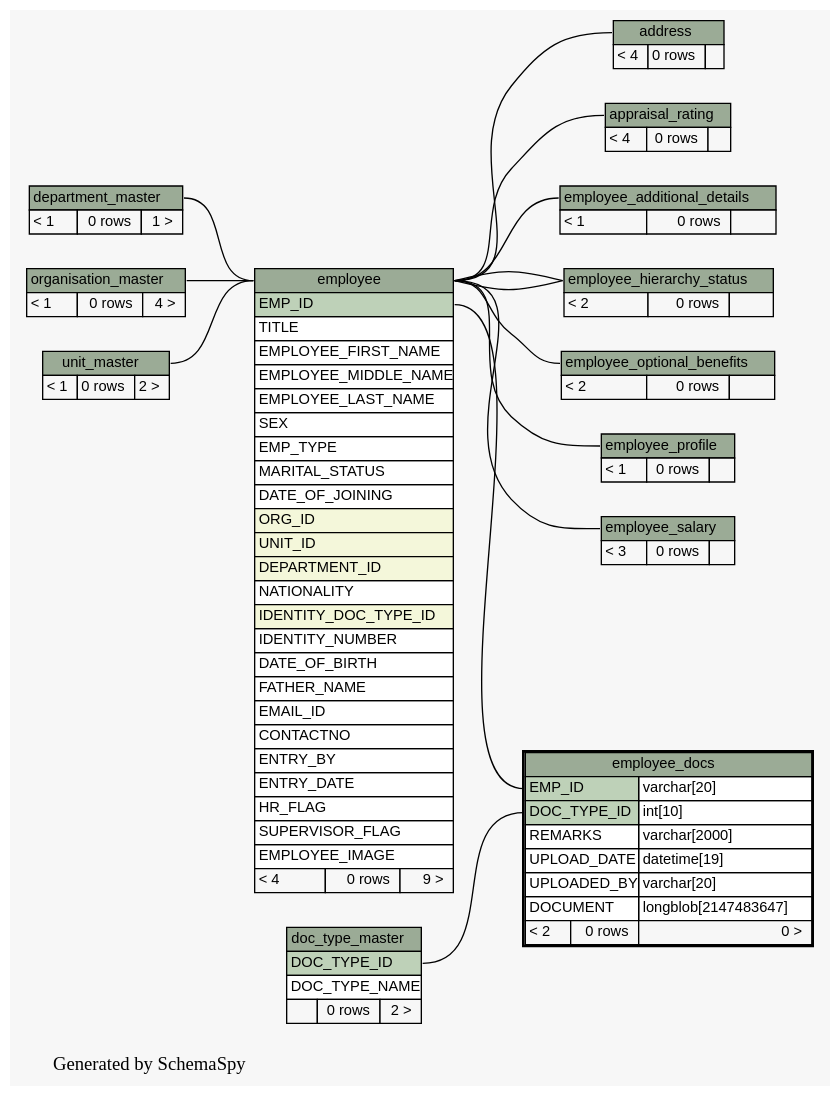
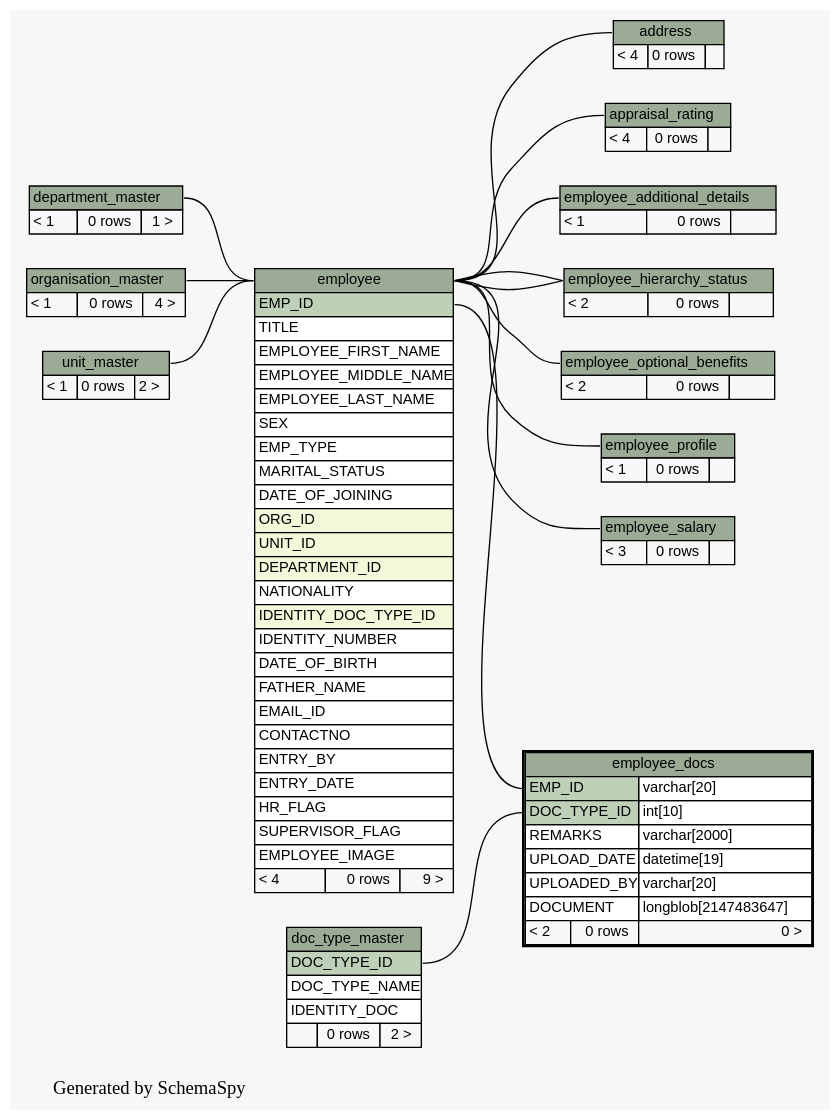
The diagram in docs/database/schemaspy/graphs/employee_docs.2degrees.dot (engineerscraft/hrms), drawn with Graphviz before and after one commit. The commit also changed 81 other files, not shown here.

```diff
--- a/docs/database/schemaspy/graphs/employee_docs.2degrees.dot
+++ b/docs/database/schemaspy/graphs/employee_docs.2degrees.dot
@@ -1,179 +1,180 @@
 // dot 2.38.0 on Windows 7 6.1
 digraph "twoDegreesRelationshipsGraph" {
   graph [
     rankdir="RL"
     bgcolor="#f7f7f7"
     label="\nGenerated by SchemaSpy"
     labeljust="l"
   ];
   node [
     fontname="Helvetica"
     fontsize="11"
     shape="plaintext"
   ];
   edge [
     arrowsize="0.8"
   ];
   "address":"address.heading":w -> "employee":"employee.heading":e [arrowtail=tee arrowhead=none];
   "appraisal_rating":"appraisal_rating.heading":w -> "employee":"employee.heading":e [arrowtail=crowtee arrowhead=none];
   "employee":"employee.heading":w -> "department_master":"department_master.heading":e [arrowtail=crowodot arrowhead=none];
   "employee":"employee.heading":w -> "organisation_master":"organisation_master.heading":e [arrowtail=crowodot arrowhead=none];
   "employee":"employee.heading":w -> "unit_master":"unit_master.heading":e [arrowtail=crowodot arrowhead=none];
   "employee_additional_details":"employee_additional_details.heading":w -> "employee":"employee.heading":e [arrowtail=tee arrowhead=none];
   "employee_docs":"DOC_TYPE_ID":w -> "doc_type_master":"DOC_TYPE_ID":e [arrowtail=crowtee arrowhead=none];
   "employee_docs":"EMP_ID":w -> "employee":"EMP_ID":e [arrowtail=crowtee arrowhead=none];
   "employee_hierarchy_status":"employee_hierarchy_status.heading":w -> "employee":"employee.heading":e [arrowtail=tee arrowhead=none];
   "employee_hierarchy_status":"employee_hierarchy_status.heading":w -> "employee":"employee.heading":e [arrowtail=crowodot arrowhead=none];
   "employee_optional_benefits":"employee_optional_benefits.heading":w -> "employee":"employee.heading":e [arrowtail=crowodot arrowhead=none];
   "employee_profile":"employee_profile.heading":w -> "employee":"employee.heading":e [arrowtail=tee arrowhead=none];
   "employee_salary":"employee_salary.heading":w -> "employee":"employee.heading":e [arrowtail=crowtee arrowhead=none];
   "address" [
     label=<
     <TABLE BORDER="0" CELLBORDER="1" CELLSPACING="0" BGCOLOR="#ffffff">
       <TR><TD PORT="address.heading" COLSPAN="3" BGCOLOR="#9bab96" ALIGN="CENTER">address</TD></TR>
       <TR><TD ALIGN="LEFT" BGCOLOR="#f7f7f7">&lt; 4</TD><TD ALIGN="RIGHT" BGCOLOR="#f7f7f7">0 rows</TD><TD ALIGN="RIGHT" BGCOLOR="#f7f7f7">  </TD></TR>
     </TABLE>>
     URL="address.html#graph"
     tooltip="address"
   ];
   "appraisal_rating" [
     label=<
     <TABLE BORDER="0" CELLBORDER="1" CELLSPACING="0" BGCOLOR="#ffffff">
       <TR><TD PORT="appraisal_rating.heading" COLSPAN="3" BGCOLOR="#9bab96" ALIGN="CENTER">appraisal_rating</TD></TR>
       <TR><TD ALIGN="LEFT" BGCOLOR="#f7f7f7">&lt; 4</TD><TD ALIGN="RIGHT" BGCOLOR="#f7f7f7">0 rows</TD><TD ALIGN="RIGHT" BGCOLOR="#f7f7f7">  </TD></TR>
     </TABLE>>
     URL="appraisal_rating.html#graph"
     tooltip="appraisal_rating"
   ];
   "department_master" [
     label=<
     <TABLE BORDER="0" CELLBORDER="1" CELLSPACING="0" BGCOLOR="#ffffff">
       <TR><TD PORT="department_master.heading" COLSPAN="3" BGCOLOR="#9bab96" ALIGN="CENTER">department_master</TD></TR>
       <TR><TD ALIGN="LEFT" BGCOLOR="#f7f7f7">&lt; 1</TD><TD ALIGN="RIGHT" BGCOLOR="#f7f7f7">0 rows</TD><TD ALIGN="RIGHT" BGCOLOR="#f7f7f7">1 &gt;</TD></TR>
     </TABLE>>
     URL="department_master.html#graph"
     tooltip="department_master"
   ];
   "doc_type_master" [
     label=<
     <TABLE BORDER="0" CELLBORDER="1" CELLSPACING="0" BGCOLOR="#ffffff">
       <TR><TD PORT="doc_type_master.heading" COLSPAN="3" BGCOLOR="#9bab96" ALIGN="CENTER">doc_type_master</TD></TR>
       <TR><TD PORT="DOC_TYPE_ID" COLSPAN="3" BGCOLOR="#bed1b8" ALIGN="LEFT">DOC_TYPE_ID</TD></TR>
       <TR><TD PORT="DOC_TYPE_NAME" COLSPAN="3" ALIGN="LEFT">DOC_TYPE_NAME</TD></TR>
+      <TR><TD PORT="IDENTITY_DOC" COLSPAN="3" ALIGN="LEFT">IDENTITY_DOC</TD></TR>
       <TR><TD ALIGN="LEFT" BGCOLOR="#f7f7f7">  </TD><TD ALIGN="RIGHT" BGCOLOR="#f7f7f7">0 rows</TD><TD ALIGN="RIGHT" BGCOLOR="#f7f7f7">2 &gt;</TD></TR>
     </TABLE>>
     URL="doc_type_master.html#graph"
     tooltip="doc_type_master"
   ];
   "employee" [
     label=<
     <TABLE BORDER="0" CELLBORDER="1" CELLSPACING="0" BGCOLOR="#ffffff">
       <TR><TD PORT="employee.heading" COLSPAN="3" BGCOLOR="#9bab96" ALIGN="CENTER">employee</TD></TR>
       <TR><TD PORT="EMP_ID" COLSPAN="3" BGCOLOR="#bed1b8" ALIGN="LEFT">EMP_ID</TD></TR>
       <TR><TD PORT="TITLE" COLSPAN="3" ALIGN="LEFT">TITLE</TD></TR>
       <TR><TD PORT="EMPLOYEE_FIRST_NAME" COLSPAN="3" ALIGN="LEFT">EMPLOYEE_FIRST_NAME</TD></TR>
       <TR><TD PORT="EMPLOYEE_MIDDLE_NAME" COLSPAN="3" ALIGN="LEFT">EMPLOYEE_MIDDLE_NAME</TD></TR>
       <TR><TD PORT="EMPLOYEE_LAST_NAME" COLSPAN="3" ALIGN="LEFT">EMPLOYEE_LAST_NAME</TD></TR>
       <TR><TD PORT="SEX" COLSPAN="3" ALIGN="LEFT">SEX</TD></TR>
       <TR><TD PORT="EMP_TYPE" COLSPAN="3" ALIGN="LEFT">EMP_TYPE</TD></TR>
       <TR><TD PORT="MARITAL_STATUS" COLSPAN="3" ALIGN="LEFT">MARITAL_STATUS</TD></TR>
       <TR><TD PORT="DATE_OF_JOINING" COLSPAN="3" ALIGN="LEFT">DATE_OF_JOINING</TD></TR>
       <TR><TD PORT="ORG_ID" COLSPAN="3" BGCOLOR="#f4f7da" ALIGN="LEFT">ORG_ID</TD></TR>
       <TR><TD PORT="UNIT_ID" COLSPAN="3" BGCOLOR="#f4f7da" ALIGN="LEFT">UNIT_ID</TD></TR>
       <TR><TD PORT="DEPARTMENT_ID" COLSPAN="3" BGCOLOR="#f4f7da" ALIGN="LEFT">DEPARTMENT_ID</TD></TR>
       <TR><TD PORT="NATIONALITY" COLSPAN="3" ALIGN="LEFT">NATIONALITY</TD></TR>
       <TR><TD PORT="IDENTITY_DOC_TYPE_ID" COLSPAN="3" BGCOLOR="#f4f7da" ALIGN="LEFT">IDENTITY_DOC_TYPE_ID</TD></TR>
       <TR><TD PORT="IDENTITY_NUMBER" COLSPAN="3" ALIGN="LEFT">IDENTITY_NUMBER</TD></TR>
       <TR><TD PORT="DATE_OF_BIRTH" COLSPAN="3" ALIGN="LEFT">DATE_OF_BIRTH</TD></TR>
       <TR><TD PORT="FATHER_NAME" COLSPAN="3" ALIGN="LEFT">FATHER_NAME</TD></TR>
       <TR><TD PORT="EMAIL_ID" COLSPAN="3" ALIGN="LEFT">EMAIL_ID</TD></TR>
       <TR><TD PORT="CONTACTNO" COLSPAN="3" ALIGN="LEFT">CONTACTNO</TD></TR>
       <TR><TD PORT="ENTRY_BY" COLSPAN="3" ALIGN="LEFT">ENTRY_BY</TD></TR>
       <TR><TD PORT="ENTRY_DATE" COLSPAN="3" ALIGN="LEFT">ENTRY_DATE</TD></TR>
       <TR><TD PORT="HR_FLAG" COLSPAN="3" ALIGN="LEFT">HR_FLAG</TD></TR>
       <TR><TD PORT="SUPERVISOR_FLAG" COLSPAN="3" ALIGN="LEFT">SUPERVISOR_FLAG</TD></TR>
       <TR><TD PORT="EMPLOYEE_IMAGE" COLSPAN="3" ALIGN="LEFT">EMPLOYEE_IMAGE</TD></TR>
       <TR><TD ALIGN="LEFT" BGCOLOR="#f7f7f7">&lt; 4</TD><TD ALIGN="RIGHT" BGCOLOR="#f7f7f7">0 rows</TD><TD ALIGN="RIGHT" BGCOLOR="#f7f7f7">9 &gt;</TD></TR>
     </TABLE>>
     URL="employee.html#graph"
     tooltip="employee"
   ];
   "employee_additional_details" [
     label=<
     <TABLE BORDER="0" CELLBORDER="1" CELLSPACING="0" BGCOLOR="#ffffff">
       <TR><TD PORT="employee_additional_details.heading" COLSPAN="3" BGCOLOR="#9bab96" ALIGN="CENTER">employee_additional_details</TD></TR>
       <TR><TD ALIGN="LEFT" BGCOLOR="#f7f7f7">&lt; 1</TD><TD ALIGN="RIGHT" BGCOLOR="#f7f7f7">0 rows</TD><TD ALIGN="RIGHT" BGCOLOR="#f7f7f7">  </TD></TR>
     </TABLE>>
     URL="employee_additional_details.html#graph"
     tooltip="employee_additional_details"
   ];
   "employee_docs" [
     label=<
     <TABLE BORDER="2" CELLBORDER="1" CELLSPACING="0" BGCOLOR="#ffffff">
       <TR><TD PORT="employee_docs.heading" COLSPAN="3" BGCOLOR="#9bab96" ALIGN="CENTER">employee_docs</TD></TR>
       <TR><TD PORT="EMP_ID" COLSPAN="2" BGCOLOR="#bed1b8" ALIGN="LEFT">EMP_ID</TD><TD PORT="EMP_ID.type" ALIGN="LEFT">varchar[20]</TD></TR>
       <TR><TD PORT="DOC_TYPE_ID" COLSPAN="2" BGCOLOR="#bed1b8" ALIGN="LEFT">DOC_TYPE_ID</TD><TD PORT="DOC_TYPE_ID.type" ALIGN="LEFT">int[10]</TD></TR>
       <TR><TD PORT="REMARKS" COLSPAN="2" ALIGN="LEFT">REMARKS</TD><TD PORT="REMARKS.type" ALIGN="LEFT">varchar[2000]</TD></TR>
       <TR><TD PORT="UPLOAD_DATE" COLSPAN="2" ALIGN="LEFT">UPLOAD_DATE</TD><TD PORT="UPLOAD_DATE.type" ALIGN="LEFT">datetime[19]</TD></TR>
       <TR><TD PORT="UPLOADED_BY" COLSPAN="2" ALIGN="LEFT">UPLOADED_BY</TD><TD PORT="UPLOADED_BY.type" ALIGN="LEFT">varchar[20]</TD></TR>
       <TR><TD PORT="DOCUMENT" COLSPAN="2" ALIGN="LEFT">DOCUMENT</TD><TD PORT="DOCUMENT.type" ALIGN="LEFT">longblob[2147483647]</TD></TR>
       <TR><TD ALIGN="LEFT" BGCOLOR="#f7f7f7">&lt; 2</TD><TD ALIGN="RIGHT" BGCOLOR="#f7f7f7">0 rows</TD><TD ALIGN="RIGHT" BGCOLOR="#f7f7f7">0 &gt;</TD></TR>
     </TABLE>>
     URL="employee_docs.html#"
     tooltip="employee_docs"
   ];
   "employee_hierarchy_status" [
     label=<
     <TABLE BORDER="0" CELLBORDER="1" CELLSPACING="0" BGCOLOR="#ffffff">
       <TR><TD PORT="employee_hierarchy_status.heading" COLSPAN="3" BGCOLOR="#9bab96" ALIGN="CENTER">employee_hierarchy_status</TD></TR>
       <TR><TD ALIGN="LEFT" BGCOLOR="#f7f7f7">&lt; 2</TD><TD ALIGN="RIGHT" BGCOLOR="#f7f7f7">0 rows</TD><TD ALIGN="RIGHT" BGCOLOR="#f7f7f7">  </TD></TR>
     </TABLE>>
     URL="employee_hierarchy_status.html#graph"
     tooltip="employee_hierarchy_status"
   ];
   "employee_optional_benefits" [
     label=<
     <TABLE BORDER="0" CELLBORDER="1" CELLSPACING="0" BGCOLOR="#ffffff">
       <TR><TD PORT="employee_optional_benefits.heading" COLSPAN="3" BGCOLOR="#9bab96" ALIGN="CENTER">employee_optional_benefits</TD></TR>
       <TR><TD ALIGN="LEFT" BGCOLOR="#f7f7f7">&lt; 2</TD><TD ALIGN="RIGHT" BGCOLOR="#f7f7f7">0 rows</TD><TD ALIGN="RIGHT" BGCOLOR="#f7f7f7">  </TD></TR>
     </TABLE>>
     URL="employee_optional_benefits.html#graph"
     tooltip="employee_optional_benefits"
   ];
   "employee_profile" [
     label=<
     <TABLE BORDER="0" CELLBORDER="1" CELLSPACING="0" BGCOLOR="#ffffff">
       <TR><TD PORT="employee_profile.heading" COLSPAN="3" BGCOLOR="#9bab96" ALIGN="CENTER">employee_profile</TD></TR>
       <TR><TD ALIGN="LEFT" BGCOLOR="#f7f7f7">&lt; 1</TD><TD ALIGN="RIGHT" BGCOLOR="#f7f7f7">0 rows</TD><TD ALIGN="RIGHT" BGCOLOR="#f7f7f7">  </TD></TR>
     </TABLE>>
     URL="employee_profile.html#graph"
     tooltip="employee_profile"
   ];
   "employee_salary" [
     label=<
     <TABLE BORDER="0" CELLBORDER="1" CELLSPACING="0" BGCOLOR="#ffffff">
       <TR><TD PORT="employee_salary.heading" COLSPAN="3" BGCOLOR="#9bab96" ALIGN="CENTER">employee_salary</TD></TR>
       <TR><TD ALIGN="LEFT" BGCOLOR="#f7f7f7">&lt; 3</TD><TD ALIGN="RIGHT" BGCOLOR="#f7f7f7">0 rows</TD><TD ALIGN="RIGHT" BGCOLOR="#f7f7f7">  </TD></TR>
     </TABLE>>
     URL="employee_salary.html#graph"
     tooltip="employee_salary"
   ];
   "organisation_master" [
     label=<
     <TABLE BORDER="0" CELLBORDER="1" CELLSPACING="0" BGCOLOR="#ffffff">
       <TR><TD PORT="organisation_master.heading" COLSPAN="3" BGCOLOR="#9bab96" ALIGN="CENTER">organisation_master</TD></TR>
       <TR><TD ALIGN="LEFT" BGCOLOR="#f7f7f7">&lt; 1</TD><TD ALIGN="RIGHT" BGCOLOR="#f7f7f7">0 rows</TD><TD ALIGN="RIGHT" BGCOLOR="#f7f7f7">4 &gt;</TD></TR>
     </TABLE>>
     URL="organisation_master.html#graph"
     tooltip="organisation_master"
   ];
   "unit_master" [
     label=<
     <TABLE BORDER="0" CELLBORDER="1" CELLSPACING="0" BGCOLOR="#ffffff">
       <TR><TD PORT="unit_master.heading" COLSPAN="3" BGCOLOR="#9bab96" ALIGN="CENTER">unit_master</TD></TR>
       <TR><TD ALIGN="LEFT" BGCOLOR="#f7f7f7">&lt; 1</TD><TD ALIGN="RIGHT" BGCOLOR="#f7f7f7">0 rows</TD><TD ALIGN="RIGHT" BGCOLOR="#f7f7f7">2 &gt;</TD></TR>
     </TABLE>>
     URL="unit_master.html#graph"
     tooltip="unit_master"
   ];
 }
```
